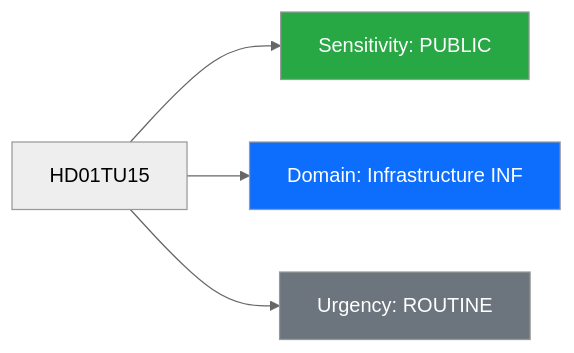
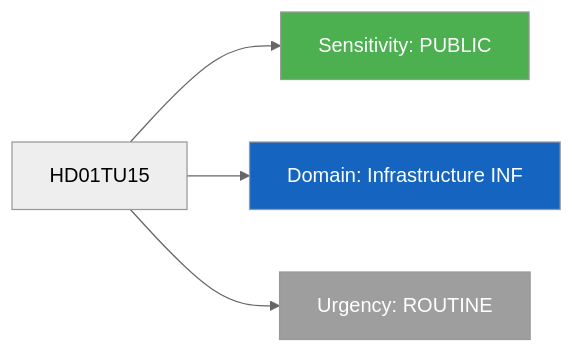
One commit to Hack23/riksdagsmonitor changed the diagram in analysis/daily/2026-04-09/realtime-1029/documents/hd01tu15-analysis.md. Above: the diagram before and after it, drawn with Mermaid (neutral theme). The commit also changed 785 other files, not shown here.

First line of the commit message:
Normalize mermaid colors across 786 analysis artifacts to ISMS Style Guide palette

````diff
--- a/analysis/daily/2026-04-09/realtime-1029/documents/hd01tu15-analysis.md
+++ b/analysis/daily/2026-04-09/realtime-1029/documents/hd01tu15-analysis.md
@@ -29,9 +29,9 @@
 ```mermaid
 graph LR
     A[HD01TU15] --> B[Sensitivity: PUBLIC]
     A --> C[Domain: Infrastructure INF]
     A --> D[Urgency: ROUTINE]
-    style B fill:#28a745,color:#ffffff
-    style C fill:#0d6efd,color:#ffffff
-    style D fill:#6c757d,color:#ffffff
+    style B fill:#4CAF50,color:#FFFFFF
+    style C fill:#1565C0,color:#FFFFFF
+    style D fill:#9E9E9E,color:#FFFFFF
 ```
````
